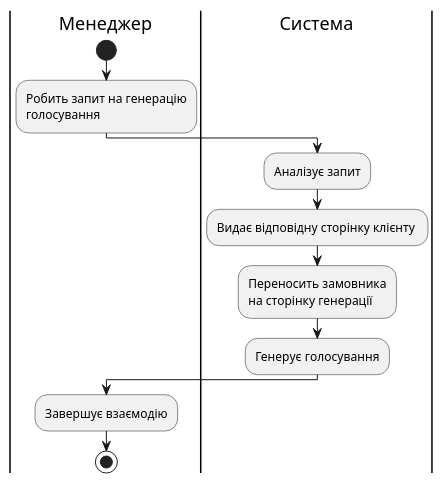
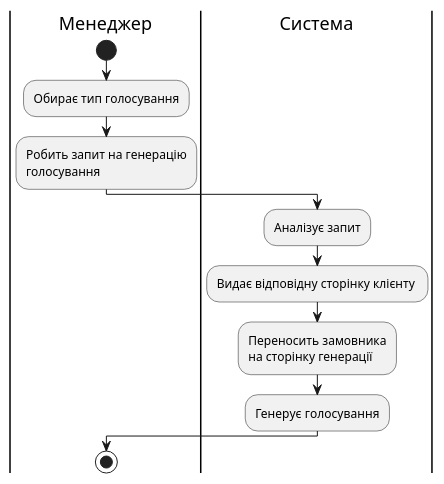
Before and after one commit to YehorSeniuk/IOO: the ninth of 16 diagrams in docs/use cases/README.md, drawn with PlantUML. The commit also changed other lines of this file, not shown here.

```diff
--- a/docs/use cases/README.md
+++ b/docs/use cases/README.md
@@ -135,15 +185,16 @@
 @startuml
 |Менеджер|
 start;
+:Обирає тип голосування;
 :Робить запит на генерацію\nголосування;
+
 
 |Система|
 :Аналізує запит;
 :Видає відповідну сторінку клієнту ;
 :Переносить замовника\nна сторінку генерації;
 :Генерує голосування;
 
 |Менеджер|
-:Завершує взаємодію;
 stop;
 @enduml
```
